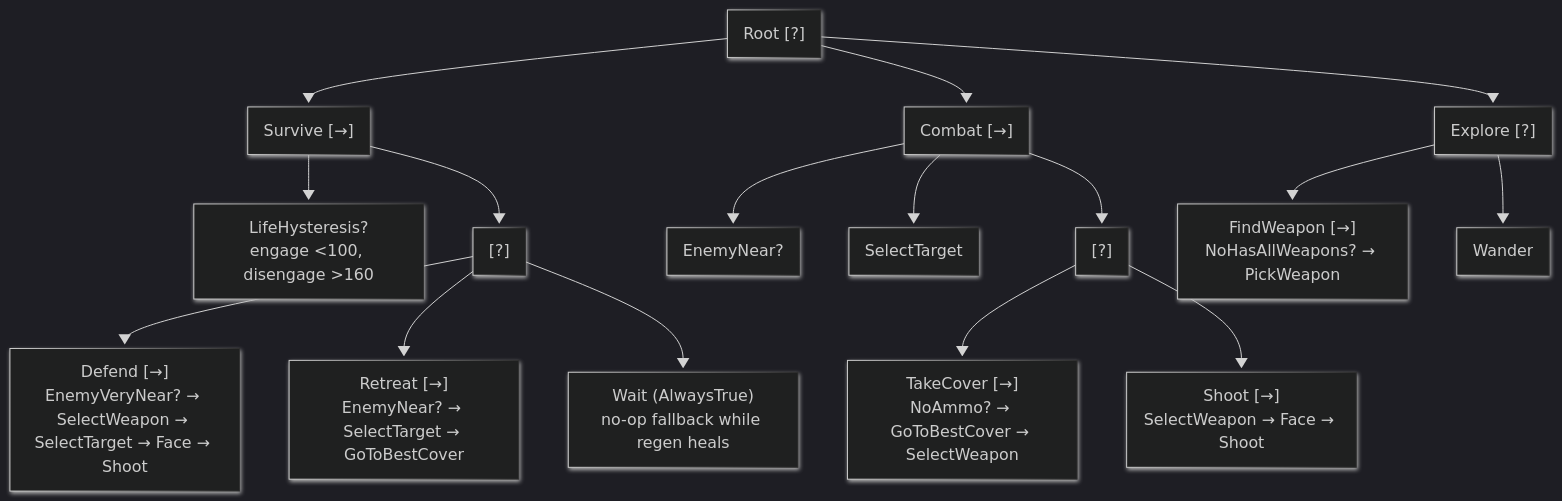
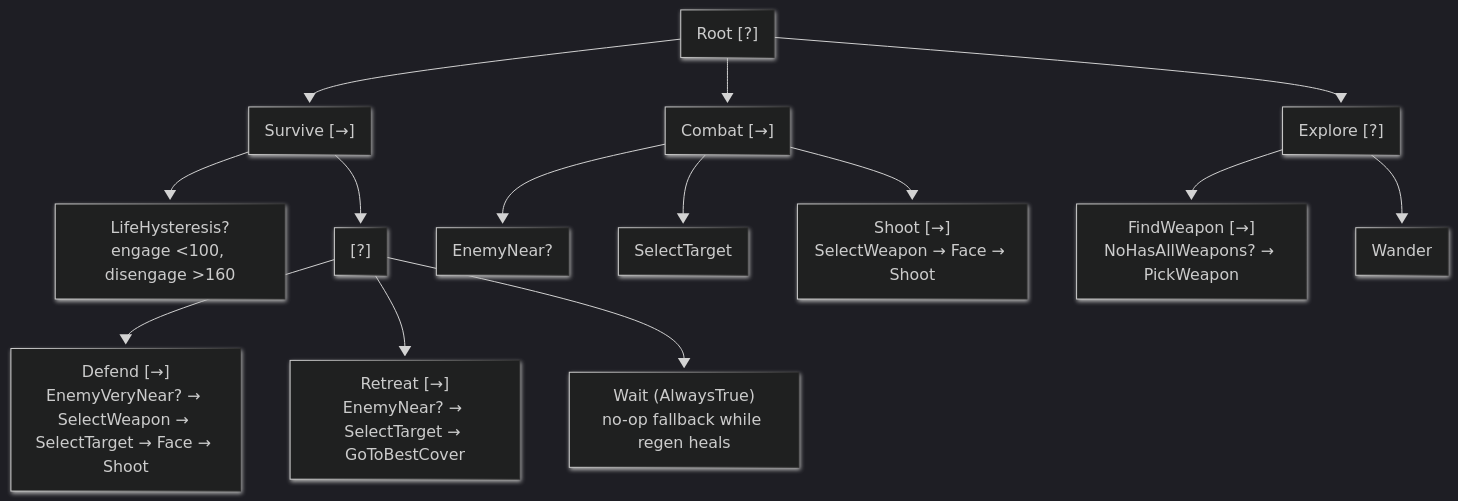
One commit to Kang-Hsi/hfsm-bt changed the third of 3 diagrams in README.md. Above: the diagram before and after it, drawn with Mermaid. The commit also changed other lines of this file and 1 other file, not shown here.

````diff
--- a/README.md
+++ b/README.md
@@ -133,26 +133,24 @@
 ```mermaid
 ---
 config:
   theme: dark
   look: neo
 ---
 graph TD
   Root["Root [?]"] --> SurviveBranch["Survive [→]"]
   Root --> CombatBranch["Combat [→]"]
   Root --> ExploreBranch["Explore [?]"]
 
   SurviveBranch --> SCond["LifeHysteresis?<br>engage <100, disengage >160"]
   SurviveBranch --> SSel["[?]"]
   SSel --> Defend["Defend [→]<br>EnemyVeryNear? → SelectWeapon → SelectTarget → Face → Shoot"]
   SSel --> Retreat["Retreat [→]<br>EnemyNear? → SelectTarget → GoToBestCover"]
   SSel --> Wait["Wait (AlwaysTrue)<br>no-op fallback while regen heals"]
 
   CombatBranch --> CCond["EnemyNear?"]
   CombatBranch --> CST["SelectTarget"]
-  CombatBranch --> CSel["[?]"]
-  CSel --> Cover["TakeCover [→]<br>NoAmmo? → GoToBestCover → SelectWeapon"]
-  CSel --> ShootSeq["Shoot [→]<br>SelectWeapon → Face → Shoot"]
+  CombatBranch --> ShootSeq["Shoot [→]<br>SelectWeapon → Face → Shoot"]
 
   ExploreBranch --> FW["FindWeapon [→]<br>NoHasAllWeapons? → PickWeapon"]
   ExploreBranch --> WA["Wander"]
 ```
````
